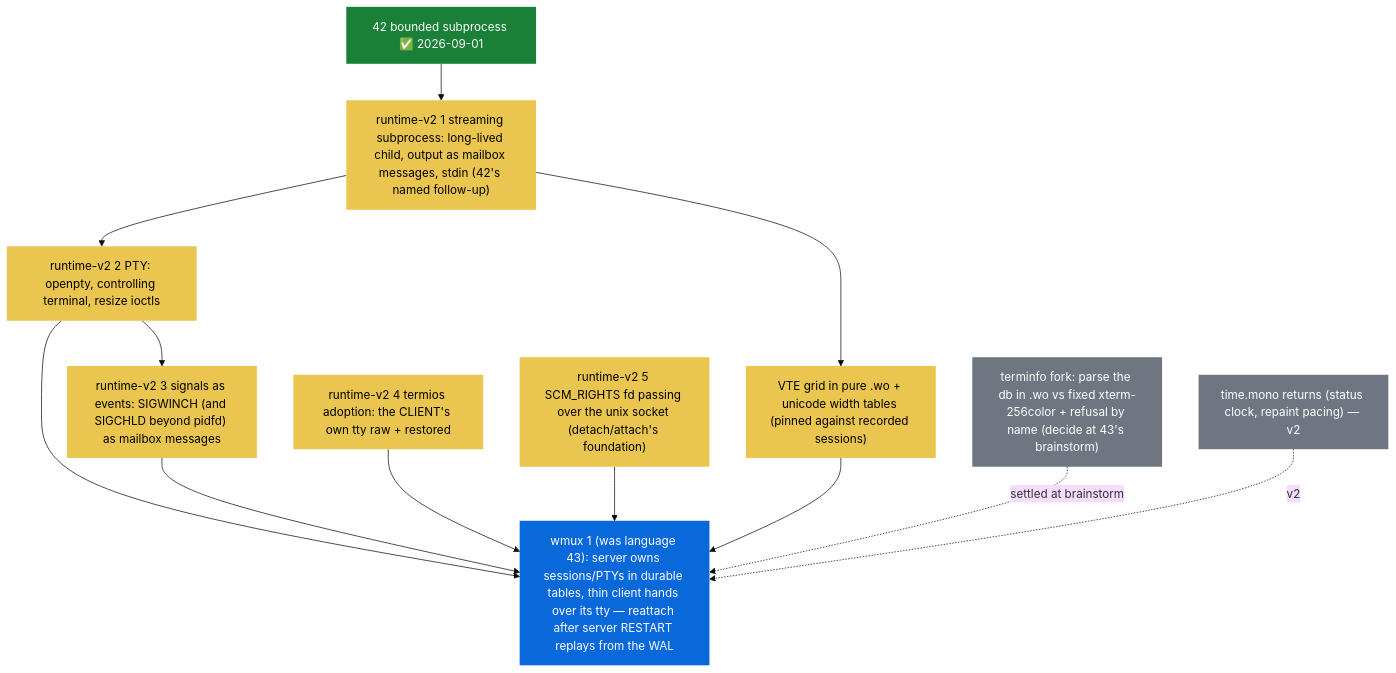
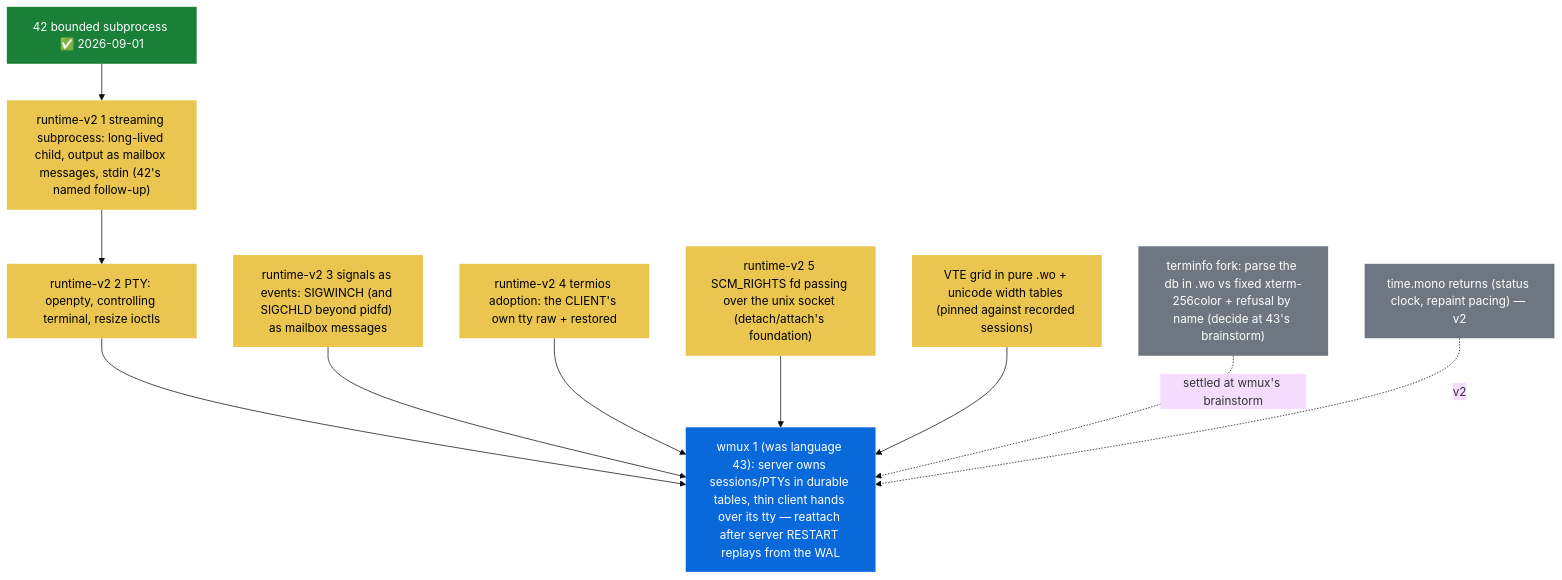
Before and after one commit to shoneyJ/writeonce: the sixth of 6 diagrams in docs/00-dependency-graph.md, drawn with Mermaid (base theme). The commit also changed other lines of this file and 9 other files, not shown here.

First line of the commit message:
docs(rt2): track-wide brainstorm — all five iterations ready, graph remapped

````diff
--- a/docs/00-dependency-graph.md
+++ b/docs/00-dependency-graph.md
@@ -334,30 +335,28 @@
 ```mermaid
 flowchart TD
     classDef done fill:#1a7f37,color:#fff,stroke:none
     classDef gap fill:#eac54f,color:#000,stroke:none
     classDef product fill:#0969da,color:#fff,stroke:none
     classDef later fill:#6e7781,color:#fff,stroke:none
 
     I42w["42 bounded subprocess ✅ 2026-09-01"]:::done
     GSTREAM["runtime-v2 1 streaming subprocess: long-lived child, output as mailbox messages, stdin (42's named follow-up)"]:::gap
     GPTY["runtime-v2 2 PTY: openpty, controlling terminal, resize ioctls"]:::gap
     GSIG["runtime-v2 3 signals as events: SIGWINCH (and SIGCHLD beyond pidfd) as mailbox messages"]:::gap
     GTERMIOS["runtime-v2 4 termios adoption: the CLIENT's own tty raw + restored"]:::gap
     GFDPASS["runtime-v2 5 SCM_RIGHTS fd passing over the unix socket (detach/attach's foundation)"]:::gap
     GVTE["VTE grid in pure .wo + unicode width tables (pinned against recorded sessions)"]:::gap
     WMUX["wmux 1 (was language 43): server owns sessions/PTYs in durable tables, thin client hands over its tty — reattach after server RESTART replays from the WAL"]:::product
     TINFO["terminfo fork: parse the db in .wo vs fixed xterm-256color + refusal by name (decide at 43's brainstorm)"]:::later
     TMONO["time.mono returns (status clock, repaint pacing) — v2"]:::later
 
     I42w --> GSTREAM
     GSTREAM --> GPTY
-    GPTY --> GSIG
-    GSTREAM --> GVTE
     GPTY --> WMUX
     GSIG --> WMUX
     GTERMIOS --> WMUX
     GFDPASS --> WMUX
     GVTE --> WMUX
-    TINFO -.settled at brainstorm.-> WMUX
+    TINFO -.settled at wmux's brainstorm.-> WMUX
     TMONO -.v2.-> WMUX
 ```
````
